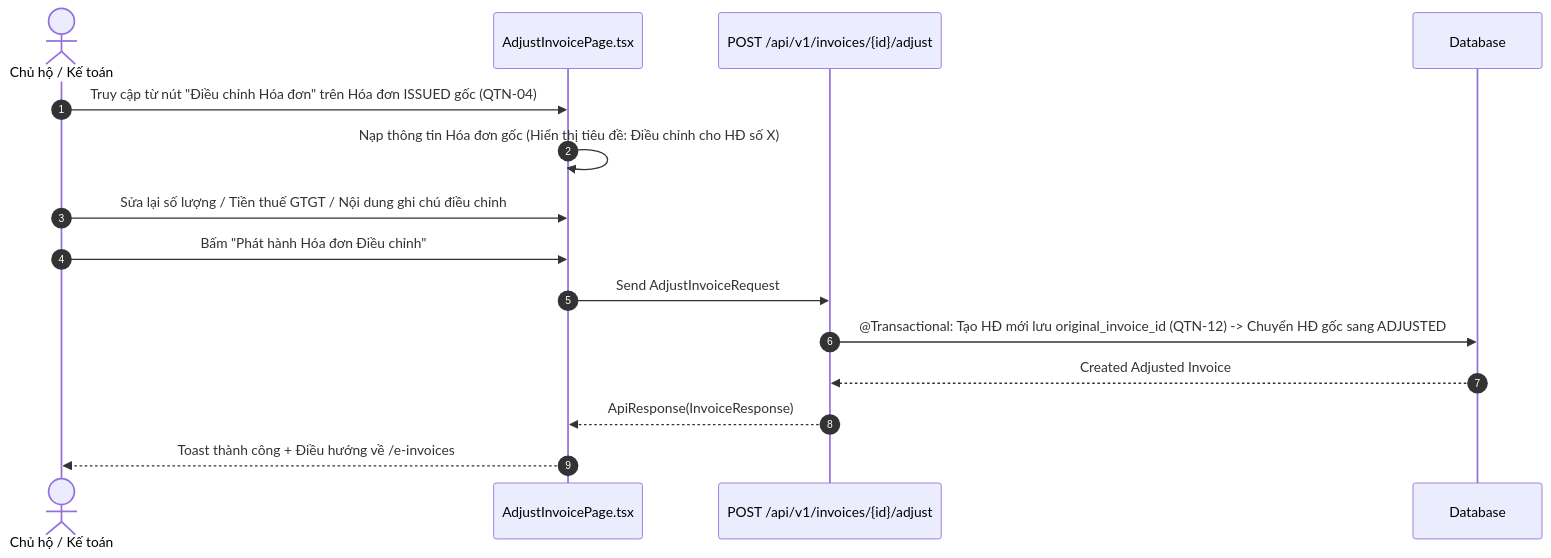
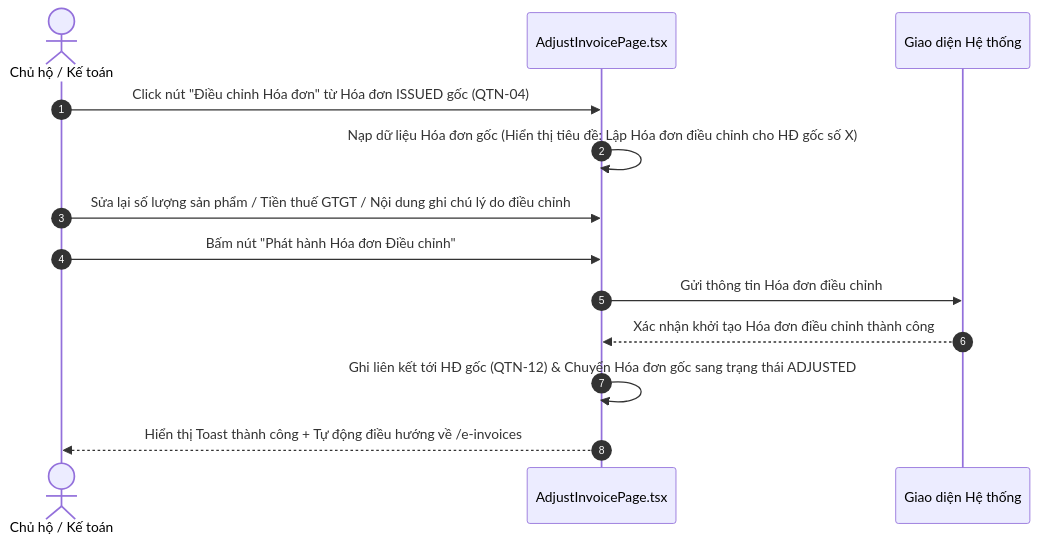
Diagram 15 of 34 in architecture/full_screen_activity_flows.md (lean1835/BanHangViet), drawn with Mermaid before and after one commit. The commit also changed other lines of this file, not shown here.

Commit message:
refactor(docs): update full_screen_activity_flows to pure UI/UX screen activity flows

````diff
--- a/architecture/full_screen_activity_flows.md
+++ b/architecture/full_screen_activity_flows.md
@@ -439,18 +410,16 @@
 ```mermaid
 sequenceDiagram
     autonumber
     actor User as Chủ hộ / Kế toán
     participant UI as AdjustInvoicePage.tsx
-    participant API as POST /api/v1/invoices/{id}/adjust
-    participant DB as Database
+    participant App as Giao diện Hệ thống
 
-    User->>UI: Truy cập từ nút "Điều chỉnh Hóa đơn" trên Hóa đơn ISSUED gốc (QTN-04)
-    UI->>UI: Nạp thông tin Hóa đơn gốc (Hiển thị tiêu đề: Điều chỉnh cho HĐ số X)
-    User->>UI: Sửa lại số lượng / Tiền thuế GTGT / Nội dung ghi chú điều chỉnh
-    User->>UI: Bấm "Phát hành Hóa đơn Điều chỉnh"
-    UI->>API: Send AdjustInvoiceRequest
-    API->>DB: @Transactional: Tạo HĐ mới lưu original_invoice_id (QTN-12) -> Chuyển HĐ gốc sang ADJUSTED
-    DB-->>API: Created Adjusted Invoice
-    API-->>UI: ApiResponse(InvoiceResponse)
-    UI-->>User: Toast thành công + Điều hướng về /e-invoices
+    User->>UI: Click nút "Điều chỉnh Hóa đơn" từ Hóa đơn ISSUED gốc (QTN-04)
+    UI->>UI: Nạp dữ liệu Hóa đơn gốc (Hiển thị tiêu đề: Lập Hóa đơn điều chỉnh cho HĐ gốc số X)
+    User->>UI: Sửa lại số lượng sản phẩm / Tiền thuế GTGT / Nội dung ghi chú lý do điều chỉnh
+    User->>UI: Bấm nút "Phát hành Hóa đơn Điều chỉnh"
+    UI->>App: Gửi thông tin Hóa đơn điều chỉnh
+    App-->>UI: Xác nhận khởi tạo Hóa đơn điều chỉnh thành công
+    UI->>UI: Ghi liên kết tới HĐ gốc (QTN-12) & Chuyển Hóa đơn gốc sang trạng thái ADJUSTED
+    UI-->>User: Hiển thị Toast thành công + Tự động điều hướng về /e-invoices
 ```
````
